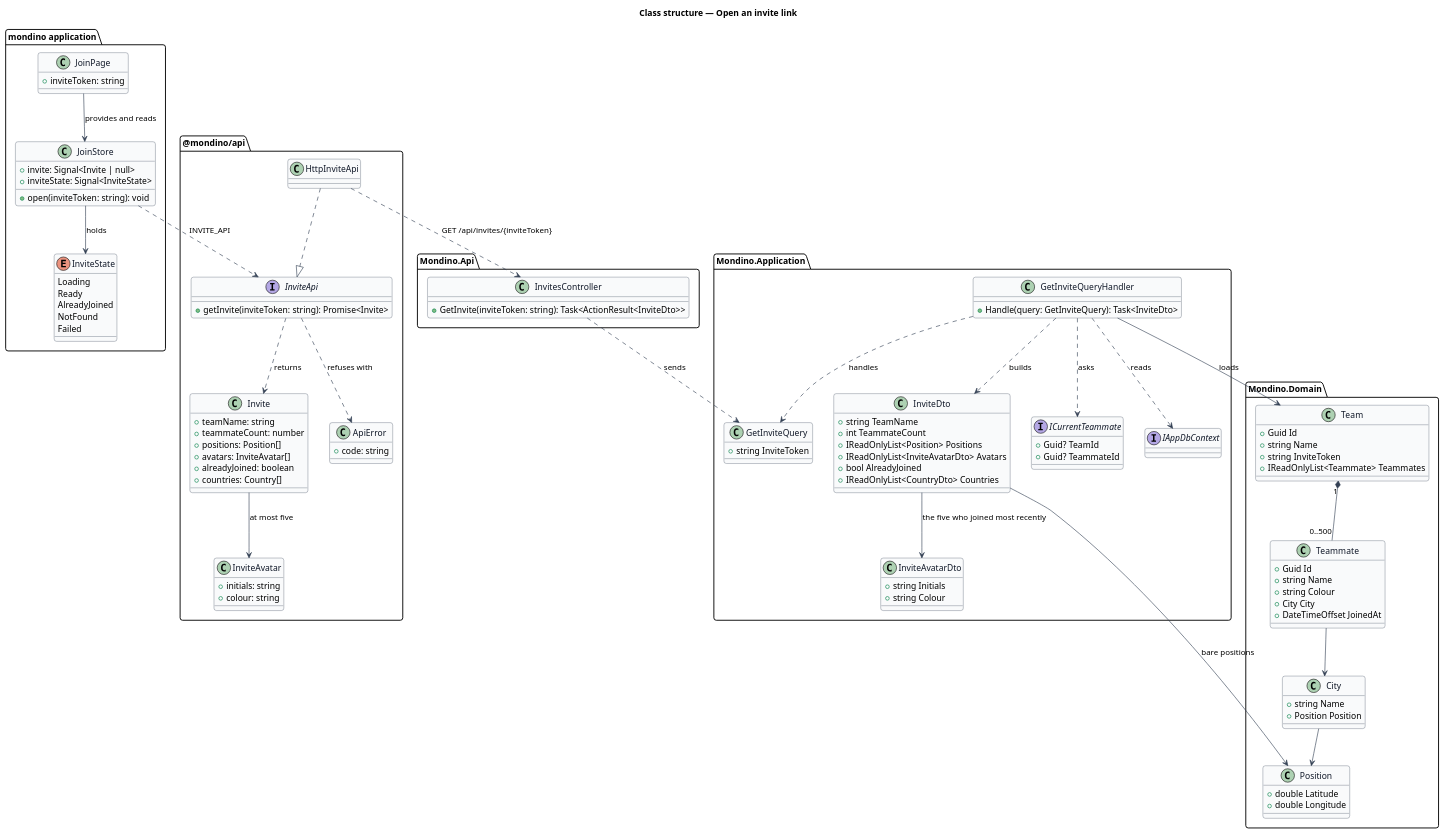
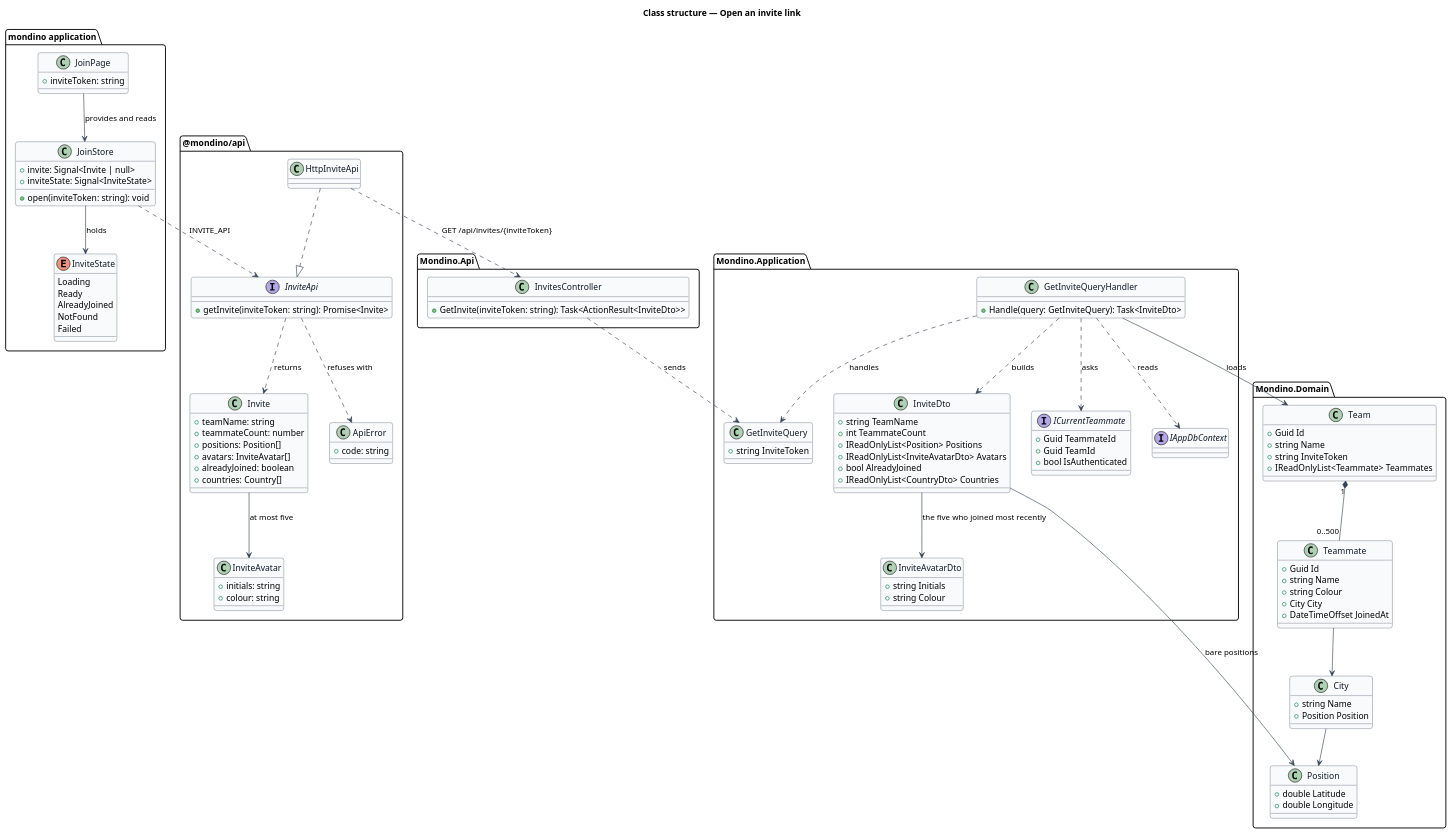
Before and after one commit to QuinntyneBrown/Mondino: the diagram in docs/detailed-designs/joining/open-invite-link/diagrams/class-structure.puml, drawn with PlantUML. The commit also changed 23 other files, not shown here.

```diff
--- a/docs/detailed-designs/joining/open-invite-link/diagrams/class-structure.puml
+++ b/docs/detailed-designs/joining/open-invite-link/diagrams/class-structure.puml
@@ -1,127 +1,128 @@
 @startuml
 set namespaceSeparator none
 skinparam backgroundColor #FFFFFF
 skinparam shadowing false
 skinparam roundcorner 8
 skinparam defaultFontName Arial
 skinparam ArrowColor #344054
 skinparam class {
   BorderColor #344054
   FontColor #101828
   BackgroundColor #F9FAFB
 }
 
 title Class structure — Open an invite link
 
 package "mondino application" {
   class JoinPage {
     +inviteToken: string
   }
   class JoinStore {
     +invite: Signal<Invite | null>
     +inviteState: Signal<InviteState>
     +open(inviteToken: string): void
   }
   enum InviteState {
     Loading
     Ready
     AlreadyJoined
     NotFound
     Failed
   }
 }
 package "@mondino/api" {
   interface InviteApi {
     +getInvite(inviteToken: string): Promise<Invite>
   }
   class HttpInviteApi
   class Invite {
     +teamName: string
     +teammateCount: number
     +positions: Position[]
     +avatars: InviteAvatar[]
     +alreadyJoined: boolean
     +countries: Country[]
   }
   class InviteAvatar {
     +initials: string
     +colour: string
   }
   class ApiError {
     +code: string
   }
 }
 package "Mondino.Api" {
   class InvitesController {
     +GetInvite(inviteToken: string): Task<ActionResult<InviteDto>>
   }
 }
 package "Mondino.Application" {
   class GetInviteQuery {
     +string InviteToken
   }
   class GetInviteQueryHandler {
     +Handle(query: GetInviteQuery): Task<InviteDto>
   }
   class InviteDto {
     +string TeamName
     +int TeammateCount
     +IReadOnlyList<Position> Positions
     +IReadOnlyList<InviteAvatarDto> Avatars
     +bool AlreadyJoined
     +IReadOnlyList<CountryDto> Countries
   }
   class InviteAvatarDto {
     +string Initials
     +string Colour
   }
   interface ICurrentTeammate {
-    +Guid? TeamId
-    +Guid? TeammateId
+    +Guid TeammateId
+    +Guid TeamId
+    +bool IsAuthenticated
   }
   interface IAppDbContext
 }
 package "Mondino.Domain" {
   class Team {
     +Guid Id
     +string Name
     +string InviteToken
     +IReadOnlyList<Teammate> Teammates
   }
   class Teammate {
     +Guid Id
     +string Name
     +string Colour
     +City City
     +DateTimeOffset JoinedAt
   }
   class City {
     +string Name
     +Position Position
   }
   class Position {
     +double Latitude
     +double Longitude
   }
 }
 
 JoinPage --> JoinStore : provides and reads
 JoinStore --> InviteState : holds
 JoinStore ..> InviteApi : INVITE_API
 HttpInviteApi ..|> InviteApi
 InviteApi ..> Invite : returns
 Invite --> InviteAvatar : at most five
 InviteApi ..> ApiError : refuses with
 HttpInviteApi ..> InvitesController : GET /api/invites/{inviteToken}
 InvitesController ..> GetInviteQuery : sends
 GetInviteQueryHandler ..> GetInviteQuery : handles
 GetInviteQueryHandler ..> InviteDto : builds
 GetInviteQueryHandler ..> ICurrentTeammate : asks
 GetInviteQueryHandler ..> IAppDbContext : reads
 GetInviteQueryHandler --> Team : loads
 Team "1" *-- "0..500" Teammate
 Teammate --> City
 City --> Position
 InviteDto --> Position : bare positions
 InviteDto --> InviteAvatarDto : the five who joined most recently
 @enduml
```
